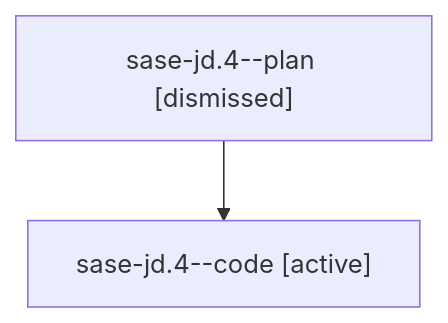
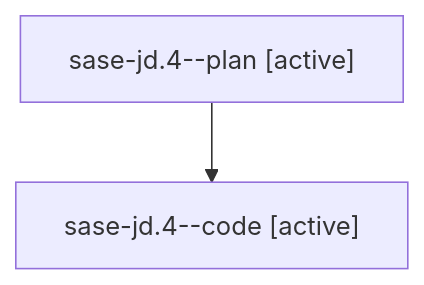
One commit to sase-org/sase--agents changed the diagram in families/bbugyi200.athena.sase-jd.4.md. Above: the diagram before and after it, drawn with Mermaid. The commit also changed other lines of this file and 35830 other files, not shown here.

````diff
--- a/families/bbugyi200.athena.sase-jd.4.md
+++ b/families/bbugyi200.athena.sase-jd.4.md
@@ -9,6 +9,6 @@
 ```mermaid
 flowchart TD
-  n0["sase-jd.4--plan [dismissed]"]
+  n0["sase-jd.4--plan [active]"]
   n1["sase-jd.4--code [active]"]
   n0 --> n1
 ```
````
